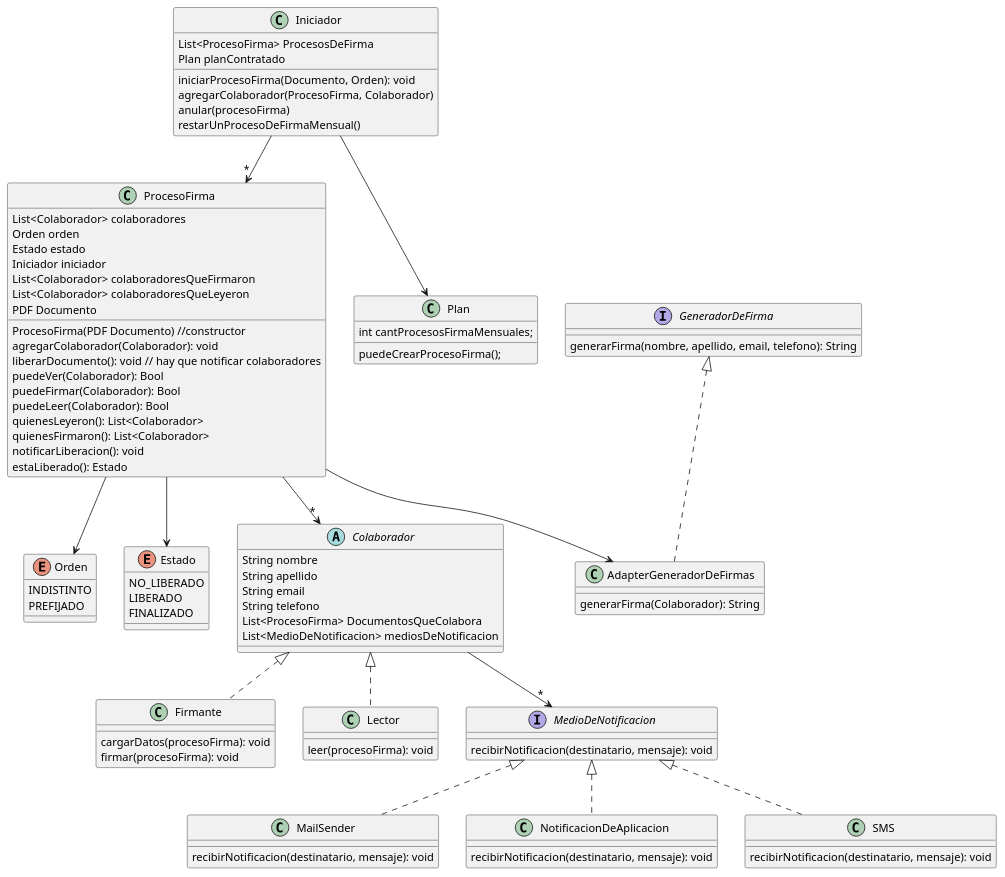
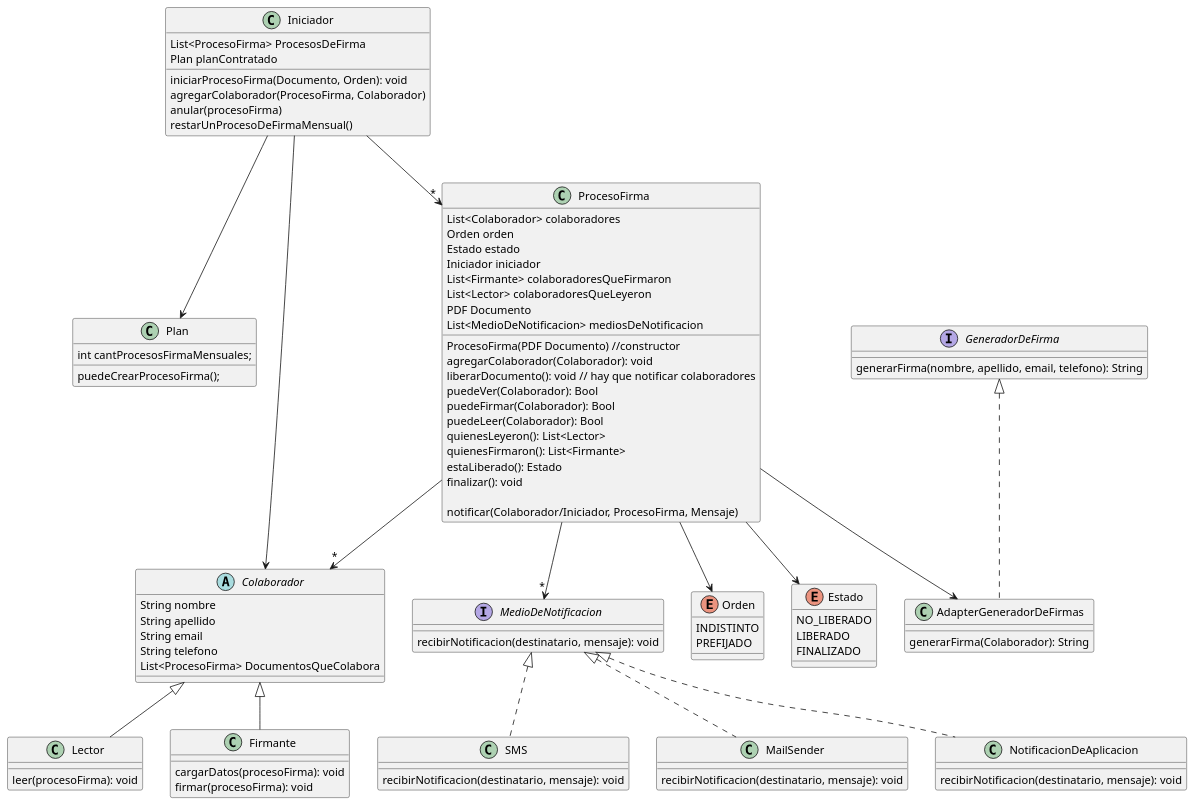
One commit to NicolasOcchi/DDS-1ros-Parciales changed the diagram in src/main/java/Firmadocs/Firmadocs_diagrama_nuevo.puml. Above: the diagram before and after it, drawn with PlantUML. The commit also changed 1 other file, not shown here.

```diff
--- a/src/main/java/Firmadocs/Firmadocs_diagrama_nuevo.puml
+++ b/src/main/java/Firmadocs/Firmadocs_diagrama_nuevo.puml
@@ -1,106 +1,108 @@
 @startuml
 'https://plantuml.com/class-diagram
 
 class Iniciador{
     List<ProcesoFirma> ProcesosDeFirma
     Plan planContratado
     iniciarProcesoFirma(Documento, Orden): void
     agregarColaborador(ProcesoFirma, Colaborador)
     anular(procesoFirma)
     restarUnProcesoDeFirmaMensual()
 }
 
 Iniciador -->"*" ProcesoFirma
 Iniciador --> Plan
+Iniciador --> Colaborador
 
 ' Planes: Plata, bronce, oro. para cada uno se hará
-' una instancia del objeto Plan
+' una instancia del objeto/class Plan
 class Plan{
     int cantProcesosFirmaMensuales;
     puedeCrearProcesoFirma();
 }
 
 
 class ProcesoFirma{
     List<Colaborador> colaboradores
     Orden orden
     Estado estado
     Iniciador iniciador
-    List<Colaborador> colaboradoresQueFirmaron
-    List<Colaborador> colaboradoresQueLeyeron
+    List<Firmante> colaboradoresQueFirmaron
+    List<Lector> colaboradoresQueLeyeron
     PDF Documento
+    List<MedioDeNotificacion> mediosDeNotificacion
 
     ProcesoFirma(PDF Documento) //constructor
     agregarColaborador(Colaborador): void
     liberarDocumento(): void // hay que notificar colaboradores
     puedeVer(Colaborador): Bool
     puedeFirmar(Colaborador): Bool
     puedeLeer(Colaborador): Bool
-    quienesLeyeron(): List<Colaborador>
-    quienesFirmaron(): List<Colaborador>
-    notificarLiberacion(): void
+    quienesLeyeron(): List<Lector>
+    quienesFirmaron(): List<Firmante>
     estaLiberado(): Estado
+    finalizar(): void
 
+    notificar(Colaborador/Iniciador, ProcesoFirma, Mensaje)
 }
 
 ProcesoFirma --> Orden
 ProcesoFirma --> Estado
 ProcesoFirma -->"*" Colaborador
 ProcesoFirma --> AdapterGeneradorDeFirmas
 
 interface GeneradorDeFirma{
     generarFirma(nombre, apellido, email, telefono): String
 }
 
 class AdapterGeneradorDeFirmas implements GeneradorDeFirma{
     generarFirma(Colaborador): String
 }
 
 enum Orden{
     INDISTINTO
     PREFIJADO
 }
 
 enum Estado{
     NO_LIBERADO
     LIBERADO
     FINALIZADO
 }
 
 abstract Colaborador{
     String nombre
     String apellido
     String email
     String telefono
     List<ProcesoFirma> DocumentosQueColabora
-    List<MedioDeNotificacion> mediosDeNotificacion
 }
 
-class Firmante implements Colaborador{
+class Firmante extends Colaborador{
     cargarDatos(procesoFirma): void
     firmar(procesoFirma): void
 }
 
-class Lector implements Colaborador{
+class Lector extends Colaborador{
     leer(procesoFirma): void
 }
 
-Colaborador -->"*" MedioDeNotificacion
+ProcesoFirma -->"*" MedioDeNotificacion
 
 interface MedioDeNotificacion{
     recibirNotificacion(destinatario, mensaje): void
 }
 
 class MailSender implements MedioDeNotificacion{
     recibirNotificacion(destinatario, mensaje): void
 }
 
 class NotificacionDeAplicacion implements MedioDeNotificacion{
     recibirNotificacion(destinatario, mensaje): void
 }
 
 class SMS implements MedioDeNotificacion{
     recibirNotificacion(destinatario, mensaje): void
 }
 
 @enduml
```
